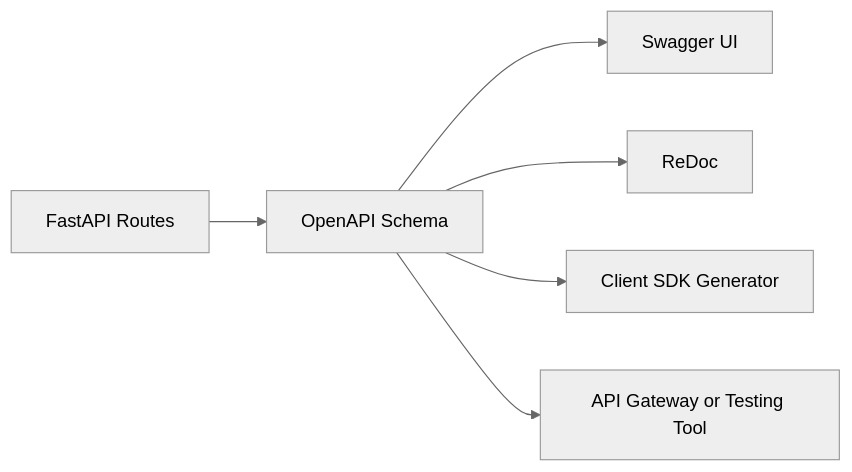
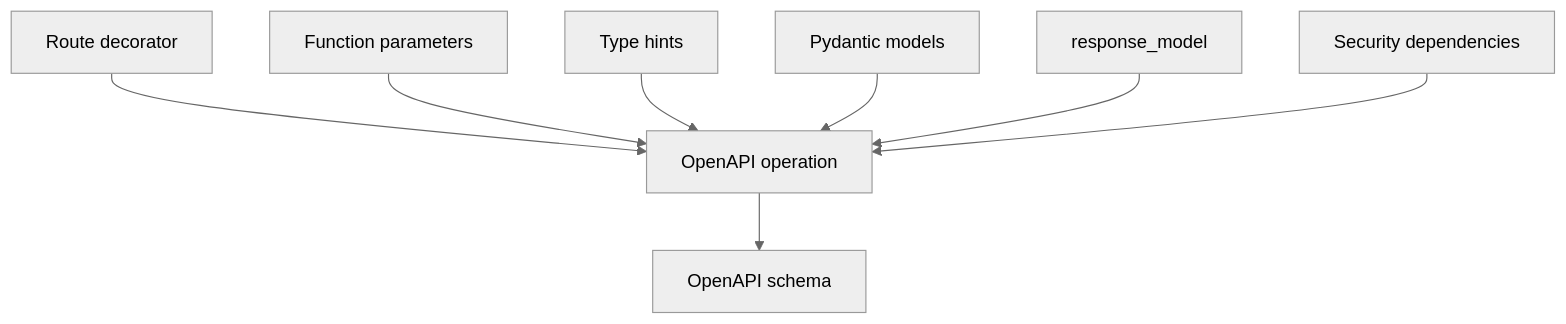
One commit to AvadhBhalodiya/Interview-Preparation changed the second of 7 diagrams in src/content/fastapi/openapi-swagger-docs.md. Above: the diagram before and after it, drawn with Mermaid (neutral theme). The commit also changed other lines of this file and 80 other files, not shown here.

````diff
--- a/src/content/fastapi/openapi-swagger-docs.md
+++ b/src/content/fastapi/openapi-swagger-docs.md
@@ -134,8 +139,10 @@
 ```mermaid
-flowchart LR
-    A[FastAPI Routes] --> B[OpenAPI Schema]
-    B --> C[Swagger UI]
-    B --> D[ReDoc]
-    B --> E[Client SDK Generator]
-    B --> F[API Gateway or Testing Tool]
+flowchart TD
+    A[Route decorator] --> G[OpenAPI operation]
+    B[Function parameters] --> G
+    C[Type hints] --> G
+    D[Pydantic models] --> G
+    E[response_model] --> G
+    F[Security dependencies] --> G
+    G --> H[OpenAPI schema]
 ```
````
